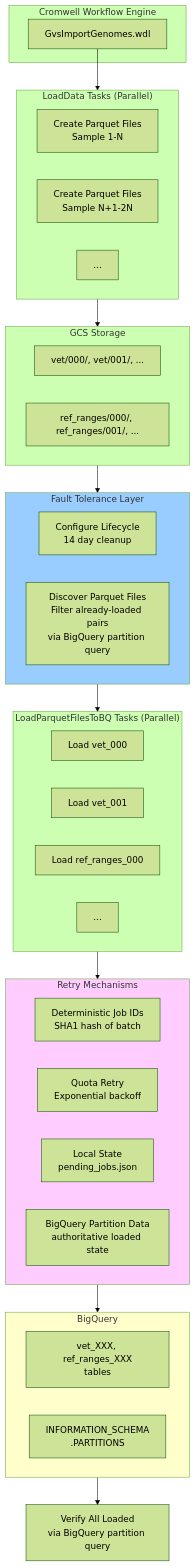
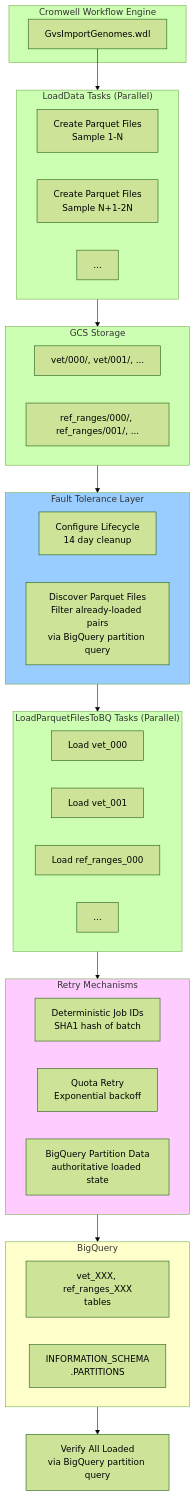
One commit to broadinstitute/gatk changed the first of 5 diagrams in scripts/variantstore/docs/parquet/parquet_loading_fault_tolerance_uml.md. Above: the diagram before and after it, drawn with Mermaid (forest theme). The commit also changed other lines of this file and 6 other files, not shown here.

Commit message:
Remove the illusion of stateful pending jobs [VS-1839]

````diff
--- a/scripts/variantstore/docs/parquet/parquet_loading_fault_tolerance_uml.md
+++ b/scripts/variantstore/docs/parquet/parquet_loading_fault_tolerance_uml.md
@@ -8,55 +8,54 @@
 ```mermaid
 flowchart TB
     subgraph Cromwell["Cromwell Workflow Engine"]
         WDL[GvsImportGenomes.wdl]
     end
     
     subgraph LoadDataTask["LoadData Tasks (Parallel)"]
         LD1[Create Parquet Files<br/>Sample 1-N]
         LD2[Create Parquet Files<br/>Sample N+1-2N]
         LD3[...]
     end
     
     subgraph GCS["GCS Storage"]
         VET["vet/000/, vet/001/, ..."]
         REF["ref_ranges/000/, ref_ranges/001/, ..."]
     end
     
     subgraph FaultTolerance["Fault Tolerance Layer"]
         Lifecycle[Configure Lifecycle<br/>14 day cleanup]
         Discover[Discover Parquet Files<br/>Filter already-loaded pairs<br/>via BigQuery partition query]
     end
     
     subgraph LoadTasks["LoadParquetFilesToBQ Tasks (Parallel)"]
         LT1[Load vet_000]
         LT2[Load vet_001]
         LT3[Load ref_ranges_000]
         LT4[...]
     end
     
     subgraph RetryLogic["Retry Mechanisms"]
         Det[Deterministic Job IDs<br/>SHA1 hash of batch]
         Quota[Quota Retry<br/>Exponential backoff]
-        Local[Local State<br/>pending_jobs.json]
         BQState[BigQuery Partition Data<br/>authoritative loaded state]
     end
     
     subgraph BigQuery["BigQuery"]
         Tables[vet_XXX, ref_ranges_XXX<br/>tables]
         Partitions[INFORMATION_SCHEMA<br/>.PARTITIONS]
     end
     
     Verify[Verify All Loaded<br/>via BigQuery partition query]
     
     WDL --> LoadDataTask
     LoadDataTask --> GCS
     GCS --> FaultTolerance
     FaultTolerance --> LoadTasks
     LoadTasks --> RetryLogic
     RetryLogic --> BigQuery
     BigQuery --> Verify
     
     style FaultTolerance fill:#9cf
     style RetryLogic fill:#fcf
     style BigQuery fill:#ffc
 ```
````
